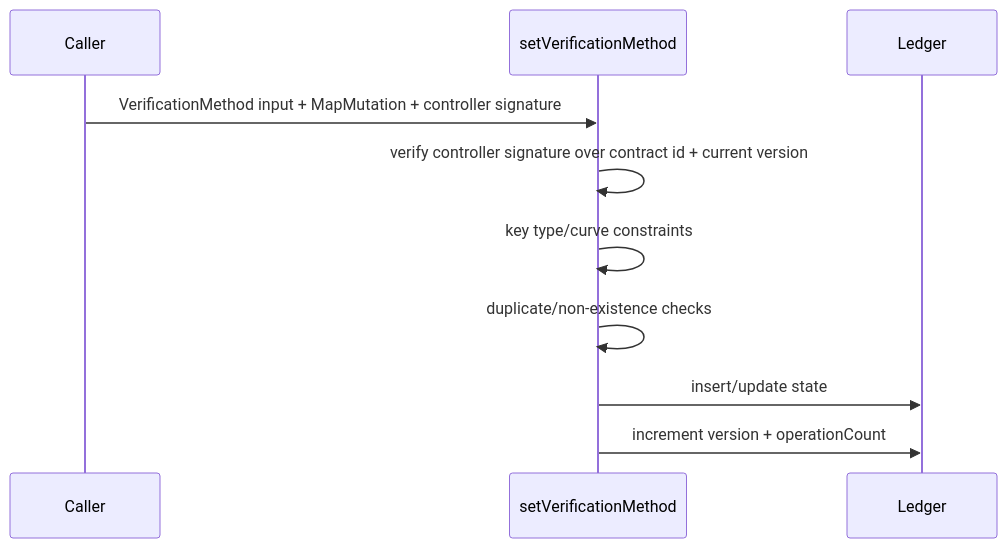
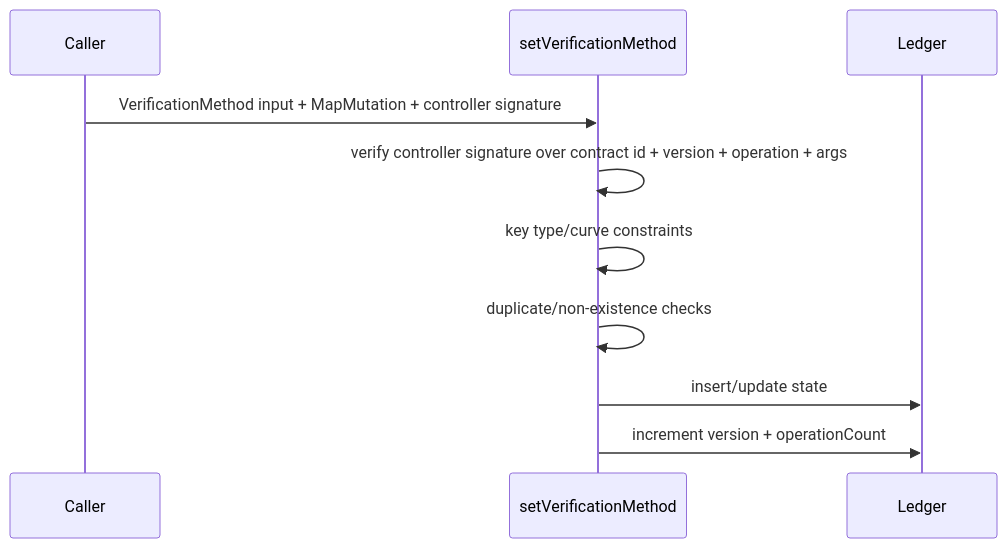
One commit to midnightntwrk/midnight-did changed the second of 3 diagrams in packages/contract/README.md. Above: the diagram before and after it, drawn with Mermaid. The commit also changed other lines of this file and 17 other files, not shown here.

Commit message:
feat: bind controller signatures to operation inputs

````diff
--- a/packages/contract/README.md
+++ b/packages/contract/README.md
@@ -25,13 +25,13 @@
 ```mermaid
 sequenceDiagram
   participant Caller
   participant Circuit as setVerificationMethod
   participant Ledger
 
   Caller->>Circuit: VerificationMethod input + MapMutation + controller signature
-  Circuit->>Circuit: verify controller signature over contract id + current version
+  Circuit->>Circuit: verify controller signature over contract id + version + operation + args
   Circuit->>Circuit: key type/curve constraints
   Circuit->>Circuit: duplicate/non-existence checks
   Circuit->>Ledger: insert/update state
   Circuit->>Ledger: increment version + operationCount
 ```
````
